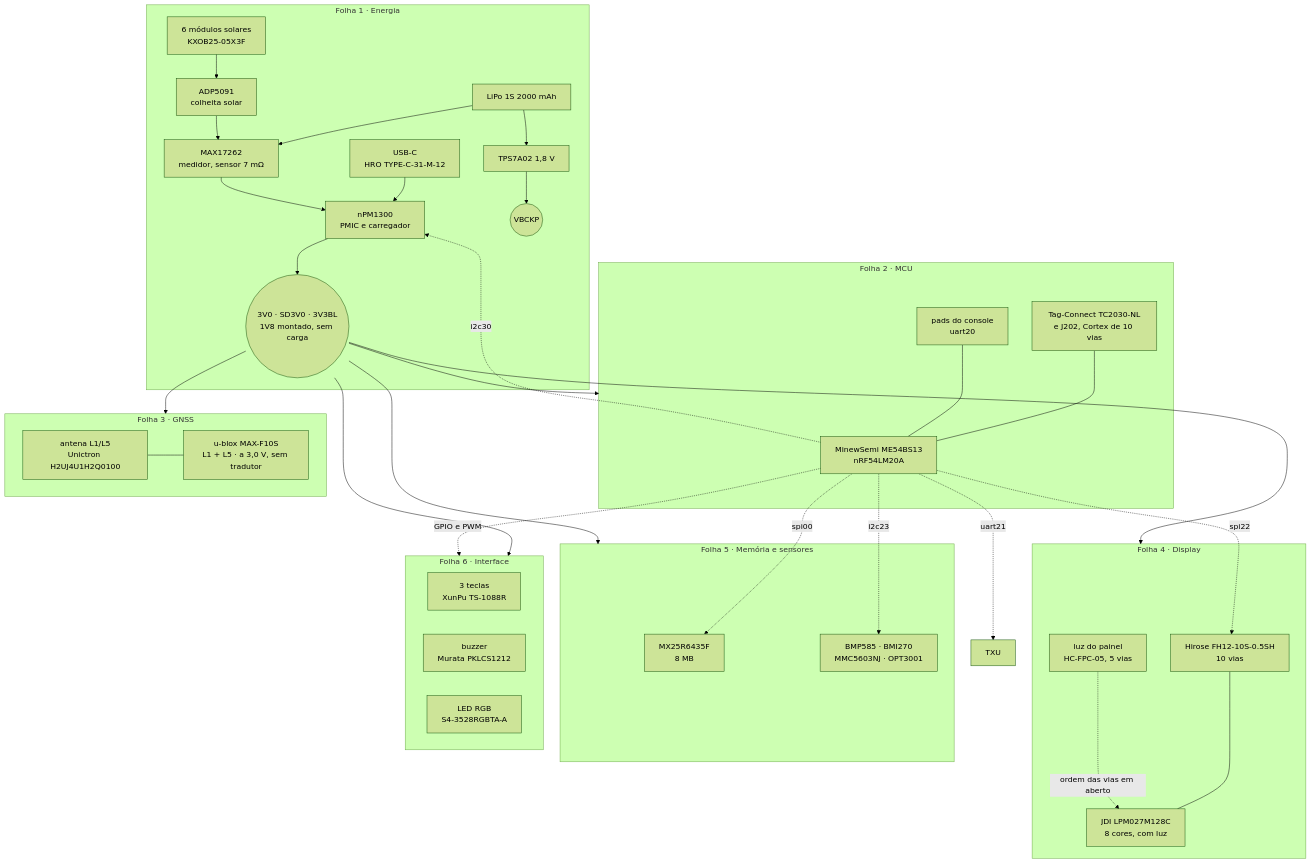
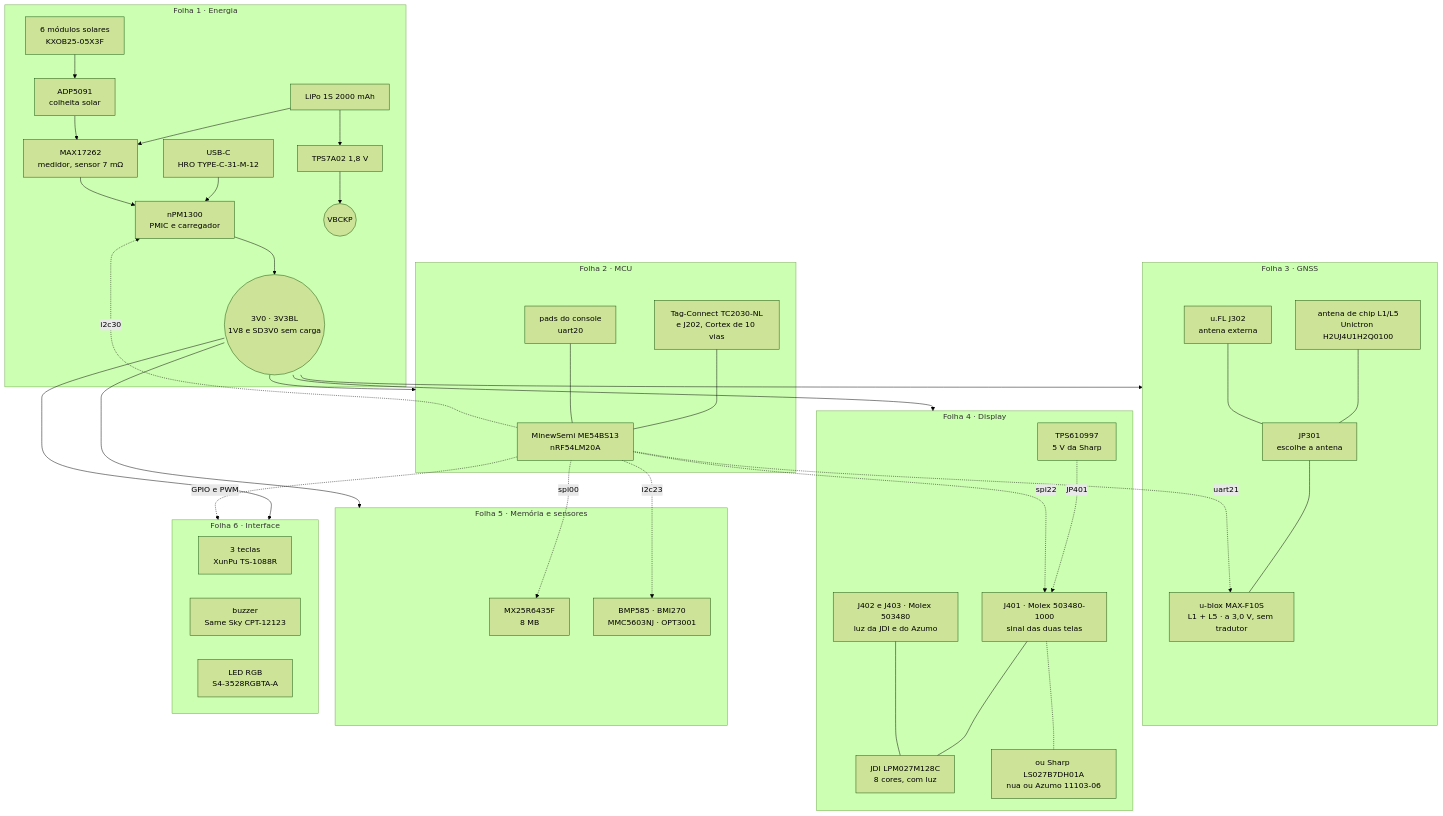
The diagram in hardware_gnssbike/README.md (Guiimartinho/gnss-bike-computer), drawn with Mermaid (forest theme) before and after one commit. The commit also changed other lines of this file and 63 other files, not shown here.

````diff
--- a/hardware_gnssbike/README.md
+++ b/hardware_gnssbike/README.md
@@ -85,51 +85,55 @@
 ```mermaid
 flowchart TB
     subgraph F1["Folha 1 · Energia"]
         USBC["USB-C<br/>HRO TYPE-C-31-M-12"] --> NPM["nPM1300<br/>PMIC e carregador"]
         CELL["LiPo 1S 2000 mAh"] --> GAUGE["MAX17262<br/>medidor, sensor 7 mΩ"]
         GAUGE --> NPM
         PV["6 módulos solares<br/>KXOB25-05X3F"] --> AEM["ADP5091<br/>colheita solar"]
         AEM --> GAUGE
-        NPM --> RAILS(("3V0 · SD3V0 · 3V3BL<br/>1V8 montado, sem carga"))
+        NPM --> RAILS(("3V0 · 3V3BL<br/>1V8 e SD3V0 sem carga"))
         CELL --> TPS["TPS7A02 1,8 V"] --> VBCKP(("VBCKP"))
     end
 
     subgraph F2["Folha 2 · MCU"]
         MOD["MinewSemi ME54BS13<br/>nRF54LM20A"]
         SWD["Tag-Connect TC2030-NL<br/>e J202, Cortex de 10 vias"] --- MOD
         PADS["pads do console<br/>uart20"] --- MOD
     end
 
     subgraph F3["Folha 3 · GNSS"]
         MAXF["u-blox MAX-F10S<br/>L1 + L5 · a 3,0 V, sem tradutor"]
-        ANT1["antena L1/L5<br/>Unictron H2UJ4U1H2Q0100"] --- MAXF
+        ANT1["antena de chip L1/L5<br/>Unictron H2UJ4U1H2Q0100"] --- JPRF["JP301<br/>escolhe a antena"]
+        UFL["u.FL J302<br/>antena externa"] --- JPRF
+        JPRF --- MAXF
     end
 
     subgraph F4["Folha 4 · Display"]
-        FPC["Hirose FH12-10S-0.5SH<br/>10 vias"] --- PANEL["JDI LPM027M128C<br/>8 cores, com luz"]
-        BL["luz do painel<br/>HC-FPC-05, 5 vias"] -.->|"ordem das vias em aberto"| PANEL
+        FPC["J401 · Molex 503480-1000<br/>sinal das duas telas"] --- PANEL["JDI LPM027M128C<br/>8 cores, com luz"]
+        FPC -.- SHARP["ou Sharp LS027B7DH01A<br/>nua ou Azumo 11103-06"]
+        BOOST["TPS610997<br/>5 V da Sharp"] -.->|"JP401"| FPC
+        BL["J402 e J403 · Molex 503480<br/>luz da JDI e do Azumo"] --- PANEL
     end
 
     subgraph F5["Folha 5 · Memória e sensores"]
         NOR["MX25R6435F<br/>8 MB"]
         SENS["BMP585 · BMI270<br/>MMC5603NJ · OPT3001"]
     end
 
     subgraph F6["Folha 6 · Interface"]
         KEYS["3 teclas<br/>XunPu TS-1088R"]
-        BUZ["buzzer<br/>Murata PKLCS1212"]
+        BUZ["buzzer<br/>Same Sky CPT-12123"]
         RGB["LED RGB<br/>S4-3528RGBTA-A"]
     end
 
     RAILS --> F2
     RAILS --> F3
     RAILS --> F4
     RAILS --> F5
     RAILS --> F6
     MOD -.->|"spi00"| NOR
     MOD -.->|"i2c23"| SENS
-    MOD -.->|"uart21"| TXU
+    MOD -.->|"uart21"| MAXF
     MOD -.->|"spi22"| FPC
     MOD -.->|"i2c30"| NPM
     MOD -.->|"GPIO e PWM"| F6
 ```
````
